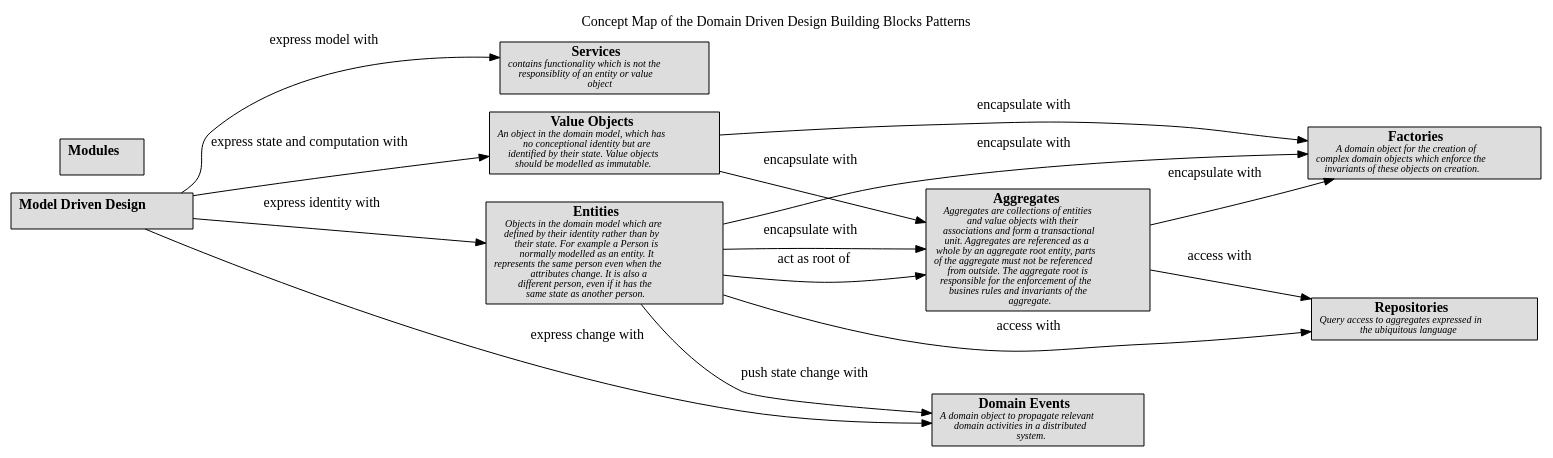
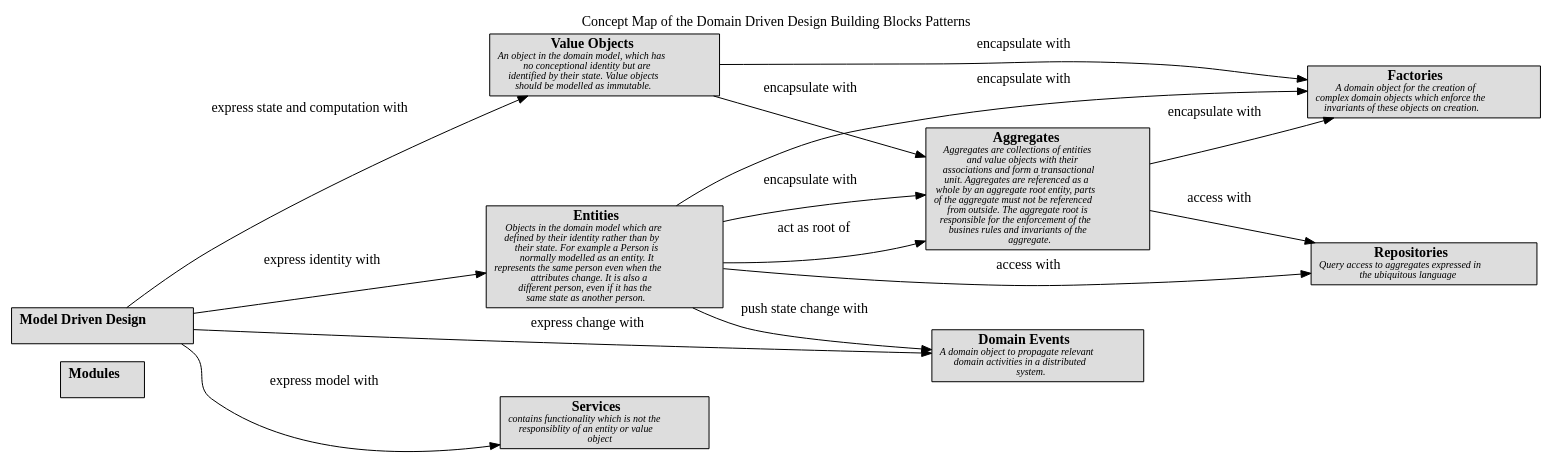
The diagram in docs/software-development/domain-driven-design/building-blocks/concept-view.dot (lsolbach/overarch-models), drawn with Graphviz before and after one commit. The commit also changed other lines of this file and 137 other files, not shown here.

```diff
--- a/docs/software-development/domain-driven-design/building-blocks/concept-view.dot
+++ b/docs/software-development/domain-driven-design/building-blocks/concept-view.dot
@@ -1,33 +1,33 @@
 digraph "Concept Map of the Domain Driven Design Building Blocks Patterns" {
   labelloc= "t"
   label="Concept Map of the Domain Driven Design Building Blocks Patterns"
   rankdir="LR"
 
   layout=dot
+software_development_domain_driven_design_building_blocks__c_modules [shape=box style=filled fillcolor="#dddddd" label=<<B>Modules</B><BR/><FONT POINT-SIZE="10"><I> </I></FONT>>]
+software_development_domain_driven_design_building_blocks__c_value_objects [shape=box style=filled fillcolor="#dddddd" label=<<B>Value Objects</B><BR/><FONT POINT-SIZE="10"><I>An object in the domain model, which has<BR/>no conceptional identity but are<BR/>identified by their state. Value objects<BR/>should be modelled as immutable. </I></FONT>>]
+software_development_domain_driven_design_building_blocks__c_repositories [shape=box style=filled fillcolor="#dddddd" label=<<B>Repositories</B><BR/><FONT POINT-SIZE="10"><I>Query access to aggregates expressed in<BR/>the ubiquitous language </I></FONT>>]
+software_development_domain_driven_design_modelling__c_model_driven_design [shape=box style=filled fillcolor="#dddddd" label=<<B>Model Driven Design</B><BR/><FONT POINT-SIZE="10"><I> </I></FONT>>]
 software_development_domain_driven_design_building_blocks__c_services [shape=box style=filled fillcolor="#dddddd" label=<<B>Services</B><BR/><FONT POINT-SIZE="10"><I>contains functionality which is not the<BR/>responsiblity of an entity or value<BR/>object </I></FONT>>]
-software_development_domain_driven_design_building_blocks__c_value_objects [shape=box style=filled fillcolor="#dddddd" label=<<B>Value Objects</B><BR/><FONT POINT-SIZE="10"><I>An object in the domain model, which has<BR/>no conceptional identity but are<BR/>identified by their state. Value objects<BR/>should be modelled as immutable. </I></FONT>>]
+software_development_domain_driven_design_building_blocks__c_entities [shape=box style=filled fillcolor="#dddddd" label=<<B>Entities</B><BR/><FONT POINT-SIZE="10"><I>Objects in the domain model which are<BR/>defined by their identity rather than by<BR/>their state. For example a Person is<BR/>normally modelled as an entity. It<BR/>represents the same person even when the<BR/>attributes change. It is also a<BR/>different person, even if it has the<BR/>same state as another person. </I></FONT>>]
+software_development_domain_driven_design_building_blocks__c_domain_events [shape=box style=filled fillcolor="#dddddd" label=<<B>Domain Events</B><BR/><FONT POINT-SIZE="10"><I>A domain object to propagate relevant<BR/>domain activities in a distributed<BR/>system. </I></FONT>>]
+software_development_domain_driven_design_building_blocks__c_factories [shape=box style=filled fillcolor="#dddddd" label=<<B>Factories</B><BR/><FONT POINT-SIZE="10"><I>A domain object for the creation of<BR/>complex domain objects which enforce the<BR/>invariants of these objects on creation. </I></FONT>>]
 software_development_domain_driven_design_building_blocks__c_aggregates [shape=box style=filled fillcolor="#dddddd" label=<<B>Aggregates</B><BR/><FONT POINT-SIZE="10"><I>Aggregates are collections of entities<BR/>and value objects with their<BR/>associations and form a transactional<BR/>unit. Aggregates are referenced as a<BR/>whole by an aggregate root entity, parts<BR/>of the aggregate must not be referenced<BR/>from outside. The aggregate root is<BR/>responsible for the enforcement of the<BR/>busines rules and invariants of the<BR/>aggregate. </I></FONT>>]
-software_development_domain_driven_design_building_blocks__c_entities [shape=box style=filled fillcolor="#dddddd" label=<<B>Entities</B><BR/><FONT POINT-SIZE="10"><I>Objects in the domain model which are<BR/>defined by their identity rather than by<BR/>their state. For example a Person is<BR/>normally modelled as an entity. It<BR/>represents the same person even when the<BR/>attributes change. It is also a<BR/>different person, even if it has the<BR/>same state as another person. </I></FONT>>]
-software_development_domain_driven_design_building_blocks__c_factories [shape=box style=filled fillcolor="#dddddd" label=<<B>Factories</B><BR/><FONT POINT-SIZE="10"><I>A domain object for the creation of<BR/>complex domain objects which enforce the<BR/>invariants of these objects on creation. </I></FONT>>]
-software_development_domain_driven_design_building_blocks__c_repositories [shape=box style=filled fillcolor="#dddddd" label=<<B>Repositories</B><BR/><FONT POINT-SIZE="10"><I>Query access to aggregates expressed in<BR/>the ubiquitous language </I></FONT>>]
-software_development_domain_driven_design_building_blocks__c_domain_events [shape=box style=filled fillcolor="#dddddd" label=<<B>Domain Events</B><BR/><FONT POINT-SIZE="10"><I>A domain object to propagate relevant<BR/>domain activities in a distributed<BR/>system. </I></FONT>>]
-software_development_domain_driven_design_building_blocks__c_modules [shape=box style=filled fillcolor="#dddddd" label=<<B>Modules</B><BR/><FONT POINT-SIZE="10"><I> </I></FONT>>]
-software_development_domain_driven_design_modelling__c_model_driven_design [shape=box style=filled fillcolor="#dddddd" label=<<B>Model Driven Design</B><BR/><FONT POINT-SIZE="10"><I> </I></FONT>>]
  
 software_development_domain_driven_design_building_blocks__c_entities -> software_development_domain_driven_design_building_blocks__c_aggregates [label=<encapsulate with<BR/><FONT POINT-SIZE="10"><I> </I></FONT>>]
 software_development_domain_driven_design_building_blocks__c_value_objects -> software_development_domain_driven_design_building_blocks__c_aggregates [label=<encapsulate with<BR/><FONT POINT-SIZE="10"><I> </I></FONT>>]
 software_development_domain_driven_design_building_blocks__c_entities -> software_development_domain_driven_design_building_blocks__c_domain_events [label=<push state change with<BR/><FONT POINT-SIZE="10"><I> </I></FONT>>]
 software_development_domain_driven_design_building_blocks__c_entities -> software_development_domain_driven_design_building_blocks__c_repositories [label=<access with<BR/><FONT POINT-SIZE="10"><I> </I></FONT>>]
 software_development_domain_driven_design_building_blocks__c_aggregates -> software_development_domain_driven_design_building_blocks__c_repositories [label=<access with<BR/><FONT POINT-SIZE="10"><I> </I></FONT>>]
 software_development_domain_driven_design_building_blocks__c_value_objects -> software_development_domain_driven_design_building_blocks__c_factories [label=<encapsulate with<BR/><FONT POINT-SIZE="10"><I> </I></FONT>>]
 software_development_domain_driven_design_building_blocks__c_entities -> software_development_domain_driven_design_building_blocks__c_aggregates [label=<act as root of<BR/><FONT POINT-SIZE="10"><I> </I></FONT>>]
 software_development_domain_driven_design_modelling__c_model_driven_design -> software_development_domain_driven_design_building_blocks__c_domain_events [label=<express change with<BR/><FONT POINT-SIZE="10"><I> </I></FONT>>]
 software_development_domain_driven_design_building_blocks__c_entities -> software_development_domain_driven_design_building_blocks__c_factories [label=<encapsulate with<BR/><FONT POINT-SIZE="10"><I> </I></FONT>>]
 software_development_domain_driven_design_modelling__c_model_driven_design -> software_development_domain_driven_design_building_blocks__c_services [label=<express model with<BR/><FONT POINT-SIZE="10"><I> </I></FONT>>]
 software_development_domain_driven_design_modelling__c_model_driven_design -> software_development_domain_driven_design_building_blocks__c_value_objects [label=<express state and computation with<BR/><FONT POINT-SIZE="10"><I> </I></FONT>>]
 software_development_domain_driven_design_modelling__c_model_driven_design -> software_development_domain_driven_design_building_blocks__c_entities [label=<express identity with<BR/><FONT POINT-SIZE="10"><I> </I></FONT>>]
 software_development_domain_driven_design_building_blocks__c_aggregates -> software_development_domain_driven_design_building_blocks__c_factories [label=<encapsulate with<BR/><FONT POINT-SIZE="10"><I> </I></FONT>>]
  
 }
 
 // (generated by Overarch with template views/view.dot.cmb)
```
